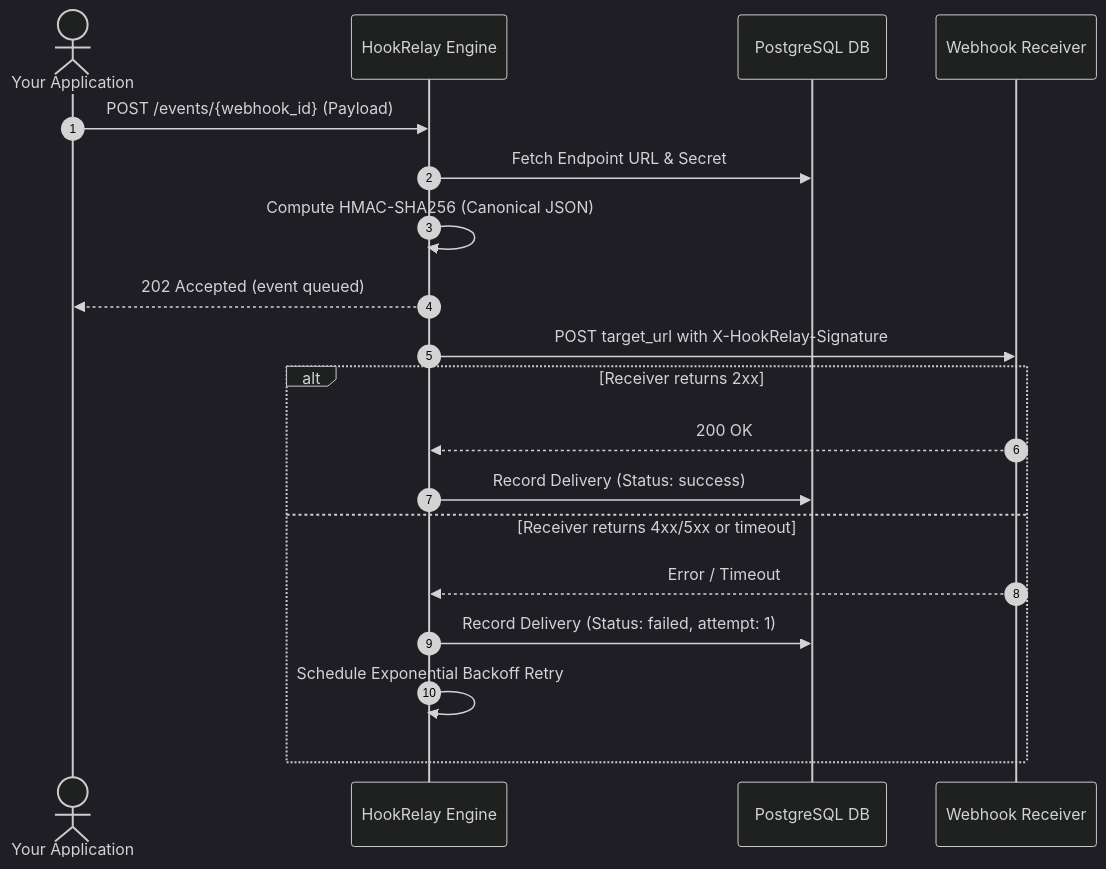
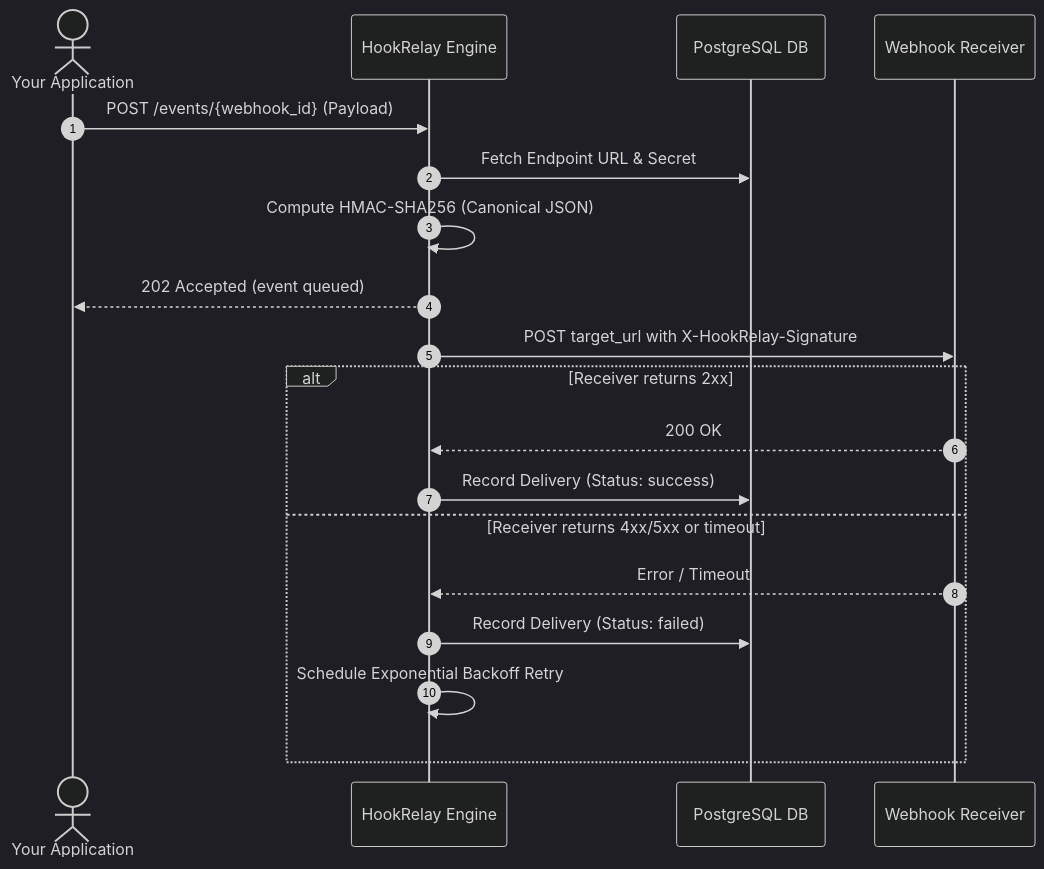
The diagram in README.md (sanjayjujjuri28/hookrelay), drawn with Mermaid (dark theme) before and after one commit. The commit also changed other lines of this file, not shown here.

````diff
--- a/README.md
+++ b/README.md
@@ -42,22 +66,27 @@
 ```mermaid
 sequenceDiagram
     autonumber
+
     actor App as Your Application
     participant HR as HookRelay Engine
     participant DB as PostgreSQL DB
     participant Recv as Webhook Receiver
 
     App->>HR: POST /events/{webhook_id} (Payload)
+
     HR->>DB: Fetch Endpoint URL & Secret
     HR->>HR: Compute HMAC-SHA256 (Canonical JSON)
+
     HR-->>App: 202 Accepted (event queued)
+
     HR->>Recv: POST target_url with X-HookRelay-Signature
+
     alt Receiver returns 2xx
         Recv-->>HR: 200 OK
         HR->>DB: Record Delivery (Status: success)
     else Receiver returns 4xx/5xx or timeout
         Recv-->>HR: Error / Timeout
-        HR->>DB: Record Delivery (Status: failed, attempt: 1)
+        HR->>DB: Record Delivery (Status: failed)
         HR->>HR: Schedule Exponential Backoff Retry
     end
 ```
````
